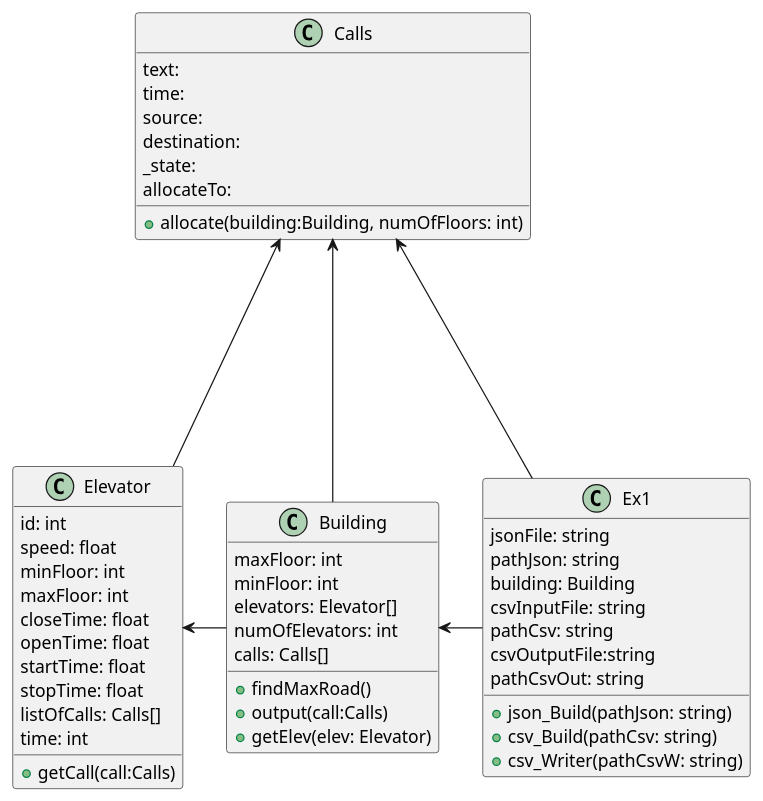
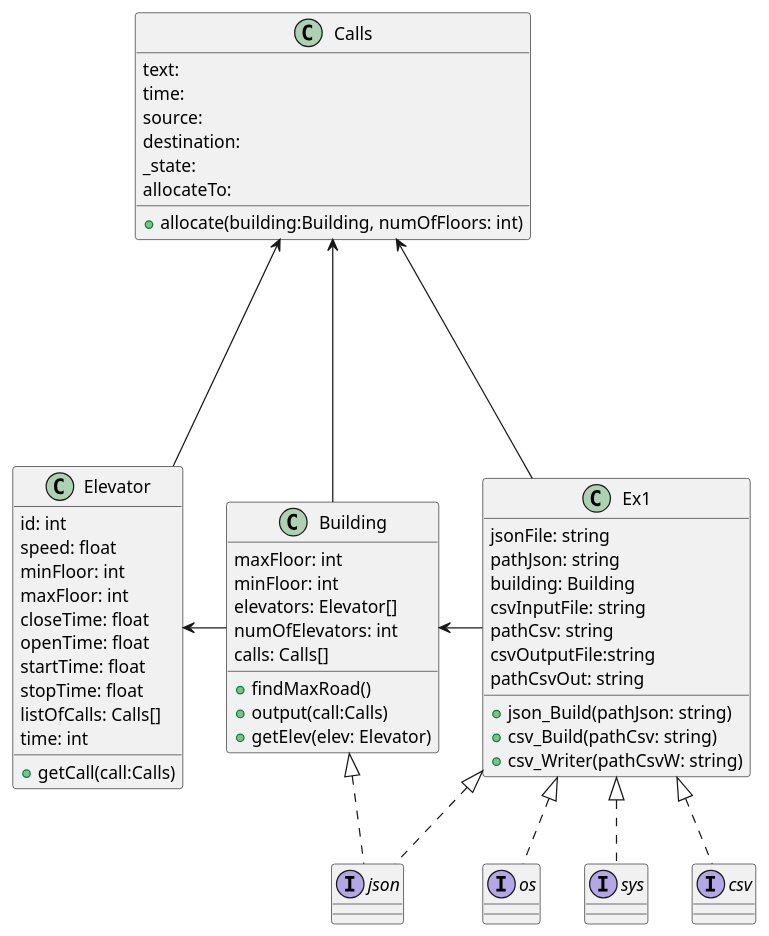
The diagram in Ex1.puml (AlonBarak-dev/Ex1_oop), drawn with PlantUML before and after one commit. The commit also changed 3 other files, not shown here.

Commit message:
fixed UML diagram

```diff
--- a/Ex1.puml
+++ b/Ex1.puml
@@ -1,66 +1,74 @@
 @startuml
 'https://plantuml.com/class-diagram
 
-
+interface json
+interface csv
+interface os
+interface sys
 
 class Building{
 maxFloor: int
 minFloor: int
 elevators: Elevator[]
 numOfElevators: int
 calls: Calls[]
 
 +findMaxRoad()
 +output(call:Calls)
 +getElev(elev: Elevator)
 }
 
 class Elevator{
 id: int
 speed: float
 minFloor: int
 maxFloor: int
 closeTime: float
 openTime: float
 startTime: float
 stopTime: float
 listOfCalls: Calls[]
 time: int
 
 +getCall(call:Calls)
 }
 
 class Calls{
 text:
 time:
 source:
 destination:
 _state:
 allocateTo:
 
 +allocate(building:Building, numOfFloors: int)
 }
 
 class Ex1{
 jsonFile: string
 pathJson: string
 building: Building
 csvInputFile: string
 pathCsv: string
 csvOutputFile:string
 pathCsvOut: string
 
 +json_Build(pathJson: string)
 +csv_Build(pathCsv: string)
 +csv_Writer(pathCsvW: string)
 }
 
 
 Building <- Ex1
 Elevator <- Building
 Calls <-- Building
 Calls <---- Elevator
 Calls <--- Ex1
 
+Ex1 <|..json
+Ex1 <|..csv
+Ex1 <|..os
+Ex1 <|..sys
+Building <|..json
 
 @enduml
```
